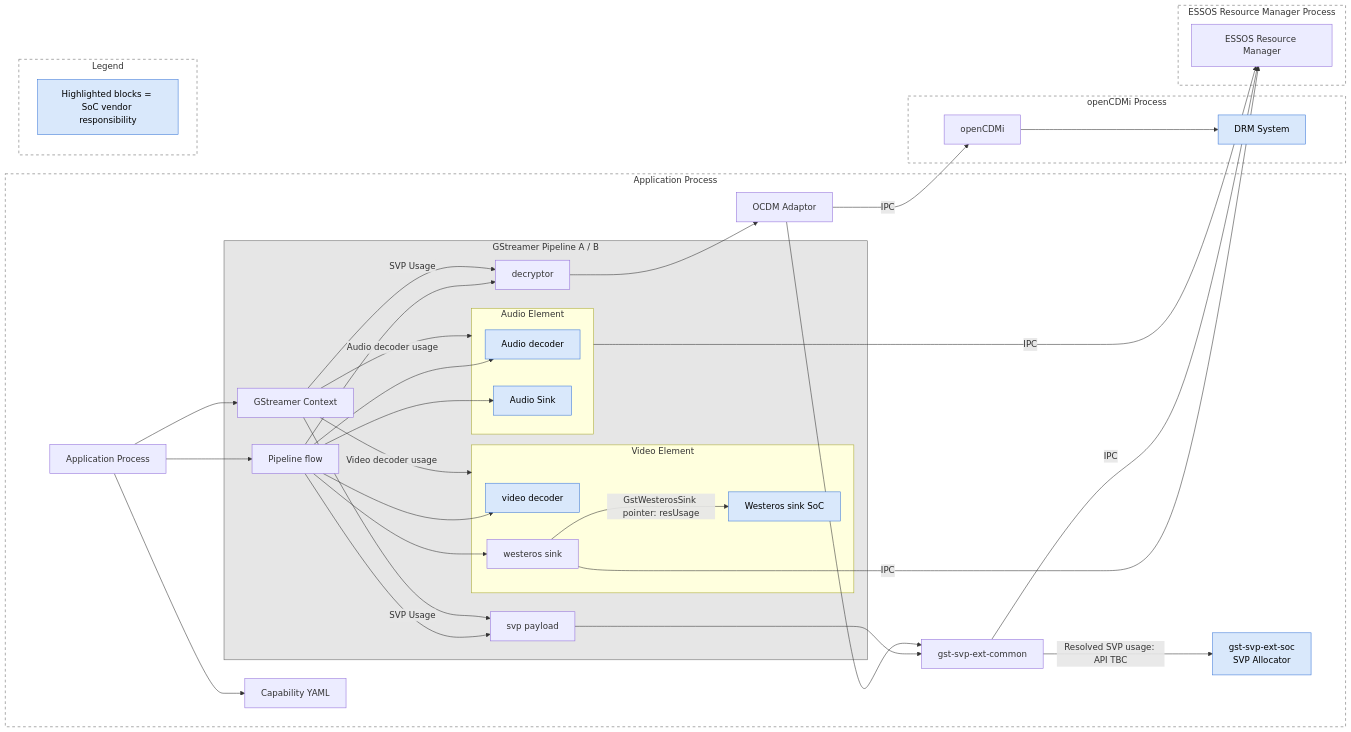
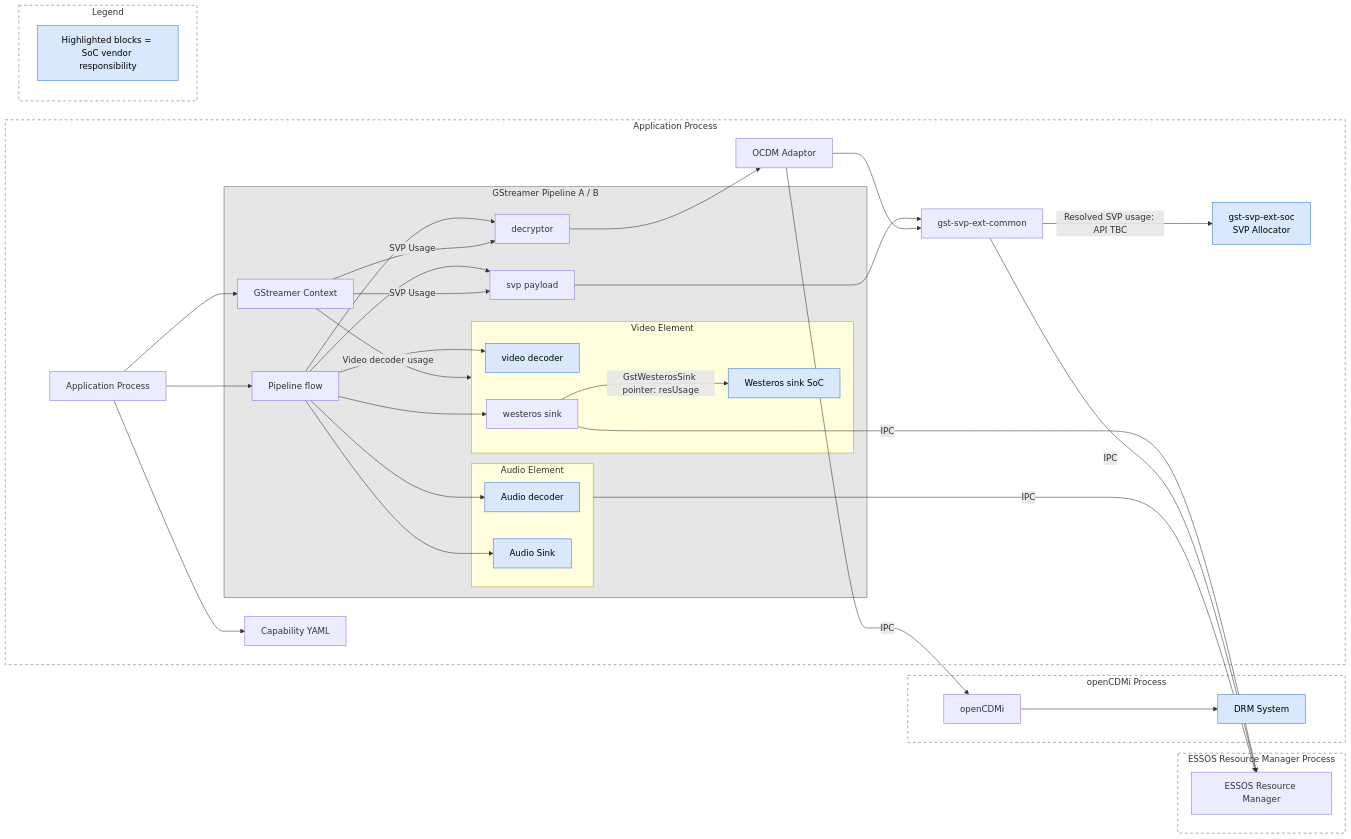
One commit to rdkcentral/rdk-hpk-documentation changed the first of 9 diagrams in doc/SPECIFICATION-dual-decode-legacy-av-hal-extension.md. Above: the diagram before and after it, drawn with Mermaid. The commit also changed other lines of this file, not shown here.

First line of the commit message:
docs: clarify audio decoder is not context-based and use first-available allocation

````diff
--- a/doc/SPECIFICATION-dual-decode-legacy-av-hal-extension.md
+++ b/doc/SPECIFICATION-dual-decode-legacy-av-hal-extension.md
@@ -56,72 +56,71 @@
 ```mermaid
 graph LR
     subgraph APP[Application Process]
         App[Application Process]
         subgraph GSTP[GStreamer Pipeline A / B]
             GST[Pipeline flow]
             Ctx[GStreamer Context]
             DEC[decryptor]
             SVPP[svp payload]
             subgraph VE[Video Element]
                 VDEC[video decoder]
                 WSU[westeros sink]
                 WSOC[Westeros sink SoC]
             end
             subgraph AE[Audio Element]
                 ADEC[Audio decoder]
                 ASINK[Audio Sink]
             end
         end
         App --> GST
         GST --> DEC
         GST --> SVPP
         GST --> VDEC
         GST --> WSU
         GST --> ADEC
         GST --> ASINK
         App --> Ctx
         Ctx -->|SVP Usage| DEC
         Ctx -->|SVP Usage| SVPP
         Ctx -->|Video decoder usage| VE
-        Ctx -->|Audio decoder usage| AE
         App --> YAML[Capability YAML]
         DEC --> OCDM[OCDM Adaptor]
         SVPP --> SVPC[gst-svp-ext-common]
         SVPC -->|Resolved SVP usage: API TBC| SVPE[gst-svp-ext-soc<br/>SVP Allocator]
         WSU -->|GstWesterosSink pointer: resUsage| WSOC
         OCDM --> SVPC
     end
 
     subgraph OCP[openCDMi Process]
         OPENCDM[openCDMi]
         DRM[DRM System]
     end
 
     subgraph LEG[Legend]
         LRESP[Highlighted blocks = SoC vendor responsibility]
     end
 
     OCDM -->|IPC| OPENCDM
     OPENCDM --> DRM
 
     subgraph RMP[ESSOS Resource Manager Process]
         RM[ESSOS Resource Manager]
     end
 
     WSU -->|IPC| RM
     AE -->|IPC| RM
     SVPC -->|IPC| RM
 
     style APP fill:none,stroke:#666,stroke-width:1px,stroke-dasharray: 5 5
     style GSTP fill:#e6e6e6,stroke:#666,stroke-width:1px
     style LEG fill:none,stroke:#666,stroke-width:1px,stroke-dasharray: 5 5
     style OCP fill:none,stroke:#666,stroke-width:1px,stroke-dasharray: 5 5
     style RMP fill:none,stroke:#666,stroke-width:1px,stroke-dasharray: 5 5
     style VDEC fill:#d9e8fb,stroke:#3c78d8,stroke-width:1px,color:#000
     style WSOC fill:#d9e8fb,stroke:#3c78d8,stroke-width:1px,color:#000
     style ADEC fill:#d9e8fb,stroke:#3c78d8,stroke-width:1px,color:#000
     style ASINK fill:#d9e8fb,stroke:#3c78d8,stroke-width:1px,color:#000
     style SVPE fill:#d9e8fb,stroke:#3c78d8,stroke-width:1px,color:#000
     style DRM fill:#d9e8fb,stroke:#3c78d8,stroke-width:1px,color:#000
     style LRESP fill:#d9e8fb,stroke:#3c78d8,stroke-width:1px,color:#000
 ```
````
